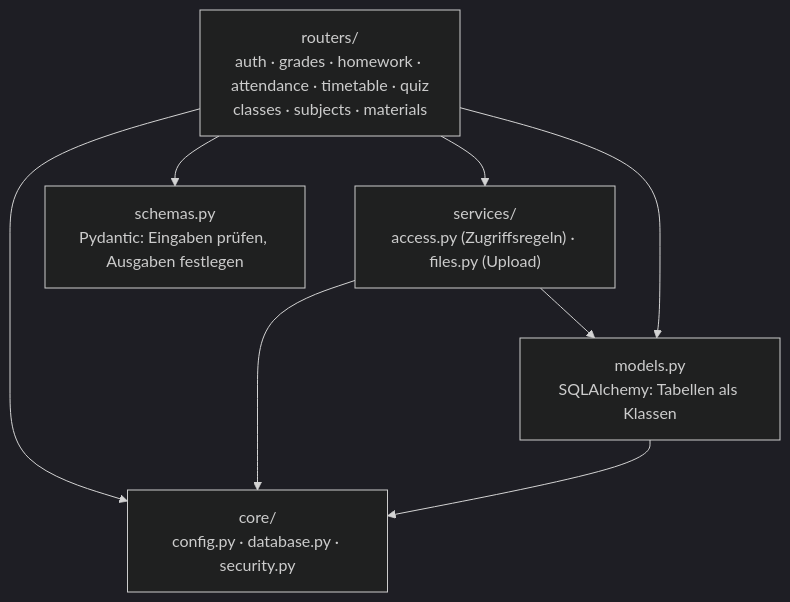
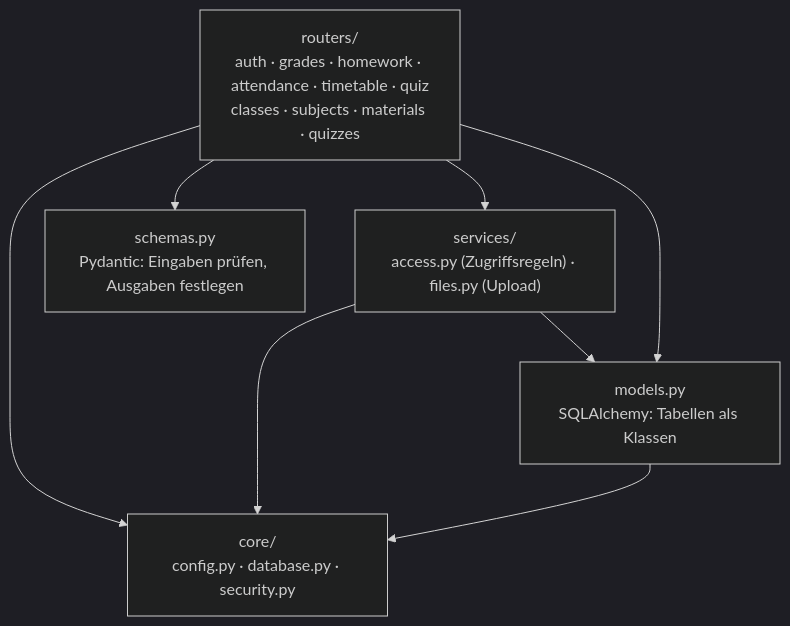
The third of 3 diagrams in backend/ARCHITEKTUR.md (orestthebest/EduDevice-MonoRepo), drawn with Mermaid (dark theme) before and after one commit. The commit also changed other lines of this file and 10 other files, not shown here.

````diff
--- a/backend/ARCHITEKTUR.md
+++ b/backend/ARCHITEKTUR.md
@@ -58,15 +58,15 @@
 ```mermaid
 flowchart TB
-    R["routers/<br/>auth · grades · homework · attendance · timetable · quiz<br/>classes · subjects · materials"]
+    R["routers/<br/>auth · grades · homework · attendance · timetable · quiz<br/>classes · subjects · materials · quizzes"]
     S["services/<br/>access.py (Zugriffsregeln) · files.py (Upload)"]
     SC["schemas.py<br/>Pydantic: Eingaben prüfen, Ausgaben festlegen"]
     M["models.py<br/>SQLAlchemy: Tabellen als Klassen"]
     C["core/<br/>config.py · database.py · security.py"]
     R --> S
     R --> SC
     S --> M
     R --> M
     R --> C
     S --> C
     M --> C
 ```
````
